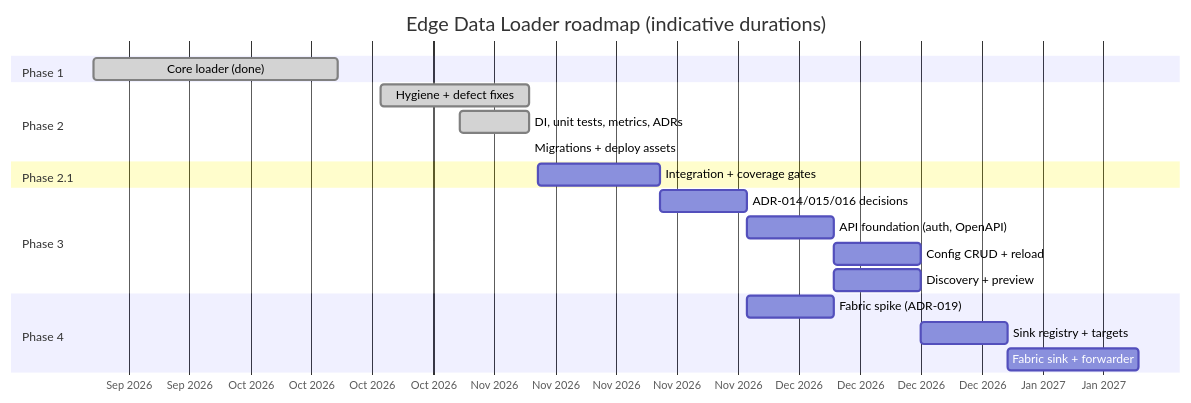
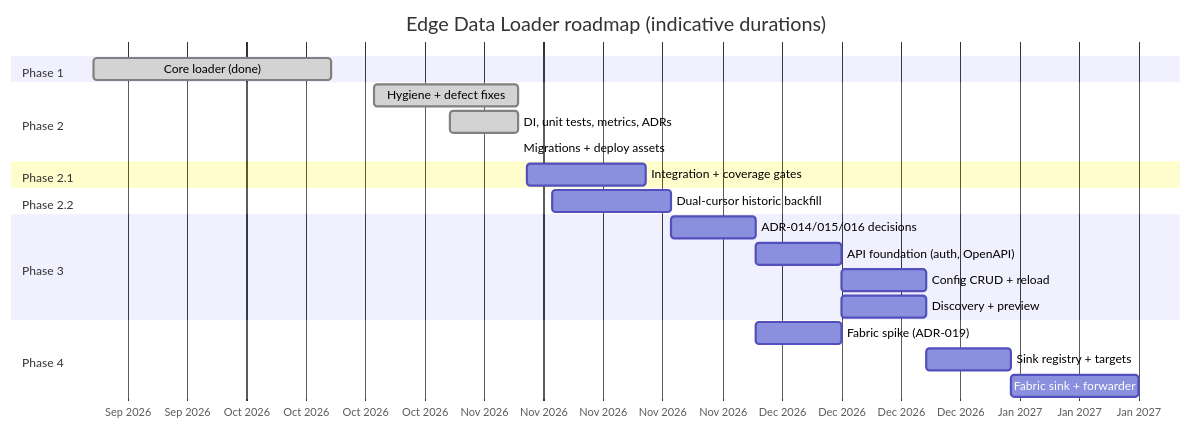
Before and after one commit to slaghuis/data-loader: the diagram in docs/03-implementation-plan.md, drawn with Mermaid. The commit also changed other lines of this file and 30 other files, not shown here.

First line of the commit message:
feat: implement ADR-022 opt-in historic backfill for SQL delta loads

````diff
--- a/docs/03-implementation-plan.md
+++ b/docs/03-implementation-plan.md
@@ -18,23 +19,25 @@
 ```mermaid
 gantt
     title Edge Data Loader roadmap (indicative durations)
     dateFormat  YYYY-MM-DD
     axisFormat  %b %Y
     section Phase 1
     Core loader (done)                 :done,    p1, 2026-09-16, 2026-10-14
     section Phase 2
     Hygiene + defect fixes             :done,    p2a, 2026-10-19, 2026-11-05
     DI, unit tests, metrics, ADRs      :done,    p2b, 2026-10-28, 2026-11-05
     Migrations + deploy assets         :done,    p2c, 2026-11-05, 2026-11-05
     section Phase 2.1
     Integration + coverage gates       :         p21, 2026-11-06, 14d
+    section Phase 2.2
+    Dual-cursor historic backfill      :         p22, 2026-11-09, 14d
     section Phase 3
-    ADR-014/015/016 decisions          :         p3a, after p21, 10d
+    ADR-014/015/016 decisions          :         p3a, after p22, 10d
     API foundation (auth, OpenAPI)     :         p3b, after p3a, 10d
     Config CRUD + reload               :         p3c, after p3b, 10d
     Discovery + preview                :         p3d, after p3b, 10d
     section Phase 4
     Fabric spike (ADR-019)             :         p4a, after p3a, 10d
     Sink registry + targets            :         p4b, after p3c, 10d
     Fabric sink + forwarder            :         p4c, after p4b, 15d
 ```
````
